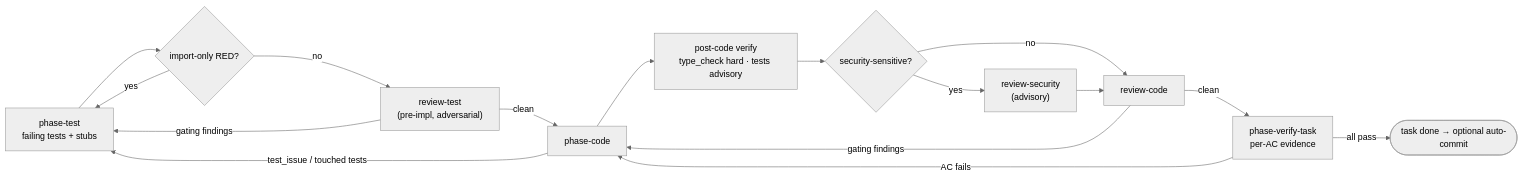
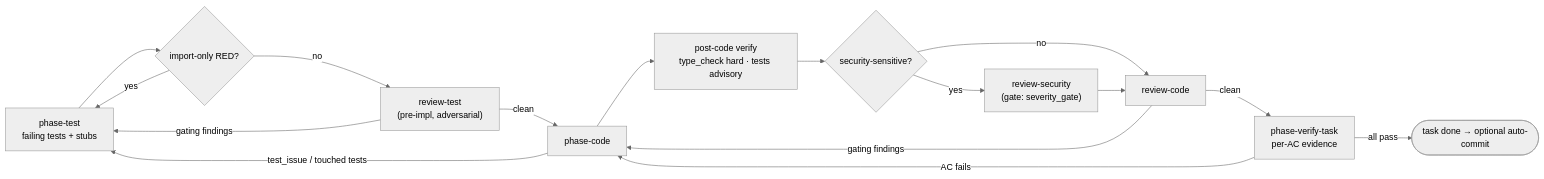
Before and after one commit to cshirley/accord: the diagram in okf/architecture/crucible-verification.md, drawn with Mermaid (neutral theme). The commit also changed other lines of this file and 211 other files, not shown here.

````diff
--- a/okf/architecture/crucible-verification.md
+++ b/okf/architecture/crucible-verification.md
@@ -28,18 +28,18 @@
 ```mermaid
 flowchart LR
   T["phase-test<br/>failing tests + stubs"] --> RED{"import-only RED?"}
   RED -->|yes| T
   RED -->|no| RT["review-test<br/>(pre-impl, adversarial)"]
   RT -->|gating findings| T
   RT -->|clean| C["phase-code"]
   C -->|test_issue / touched tests| T
   C --> PV["post-code verify<br/>type_check hard · tests advisory"]
   PV --> SEC{"security-sensitive?"}
-  SEC -->|yes| RS["review-security<br/>(advisory)"]
+  SEC -->|yes| RS["review-security<br/>(gate: severity_gate)"]
   SEC -->|no| RC["review-code"]
   RS --> RC
   RC -->|gating findings| C
   RC -->|clean| V["phase-verify-task<br/>per-AC evidence"]
   V -->|AC fails| C
   V -->|all pass| DONE(["task done → optional auto-commit"])
 ```
````
